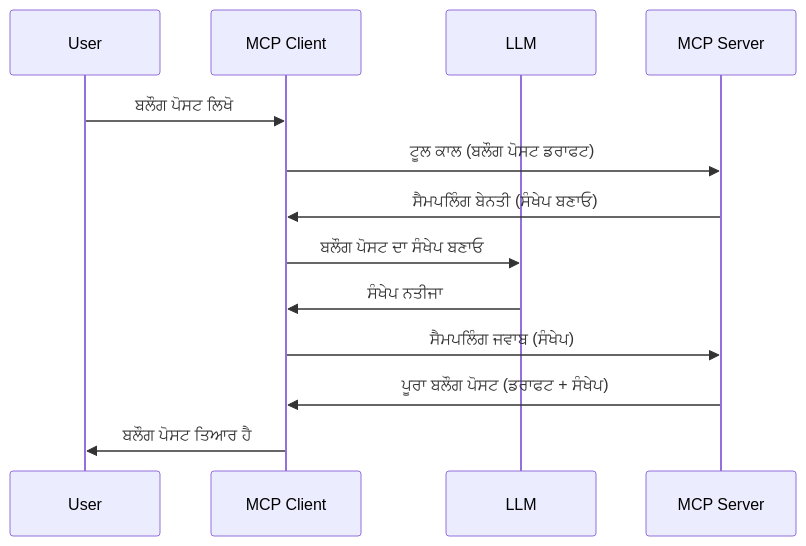
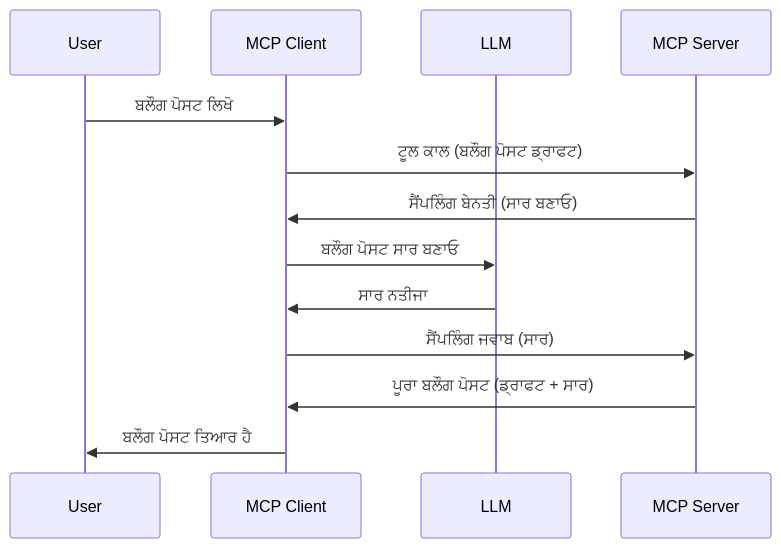
One commit to HIDORAKAI002/ai-workspace-archive changed the diagram in mcp_ecosystem__model_context_protocol/mcp_learning_resources/mcp-for-beginners/translations/pa/03-GettingStarted/14-sampling/README.md. Above: the diagram before and after it, drawn with Mermaid. The commit also changed other lines of this file and 1539 other files, not shown here.

````diff
--- a/mcp_ecosystem__model_context_protocol/mcp_learning_resources/mcp-for-beginners/translations/pa/03-GettingStarted/14-sampling/README.md
+++ b/mcp_ecosystem__model_context_protocol/mcp_learning_resources/mcp-for-beginners/translations/pa/03-GettingStarted/14-sampling/README.md
@@ -23,16 +23,16 @@
 ```mermaid
 sequenceDiagram
     participant User
     participant MCP Client
     participant LLM
     participant MCP Server
 
     User->>MCP Client: ਬਲੌਗ ਪੋਸਟ ਲਿਖੋ
-    MCP Client->>MCP Server: ਟੂਲ ਕਾਲ (ਬਲੌਗ ਪੋਸਟ ਡਰਾਫਟ)
-    MCP Server->>MCP Client: ਸੈਮਪਲਿੰਗ ਬੇਨਤੀ (ਸੰਖੇਪ ਬਣਾਓ)
-    MCP Client->>LLM: ਬਲੌਗ ਪੋਸਟ ਦਾ ਸੰਖੇਪ ਬਣਾਓ
-    LLM->>MCP Client: ਸੰਖੇਪ ਨਤੀਜਾ
-    MCP Client->>MCP Server: ਸੈਮਪਲਿੰਗ ਜਵਾਬ (ਸੰਖੇਪ)
-    MCP Server->>MCP Client: ਪੂਰਾ ਬਲੌਗ ਪੋਸਟ (ਡਰਾਫਟ + ਸੰਖੇਪ)
+    MCP Client->>MCP Server: ਟੂਲ ਕਾਲ (ਬਲੌਗ ਪੋਸਟ ਡ੍ਰਾਫਟ)
+    MCP Server->>MCP Client: ਸੈਂਪਲਿੰਗ ਬੇਨਤੀ (ਸਾਰ ਬਣਾਓ)
+    MCP Client->>LLM: ਬਲੌਗ ਪੋਸਟ ਸਾਰ ਬਣਾਓ
+    LLM->>MCP Client: ਸਾਰ ਨਤੀਜਾ
+    MCP Client->>MCP Server: ਸੈਂਪਲਿੰਗ ਜਵਾਬ (ਸਾਰ)
+    MCP Server->>MCP Client: ਪੂਰਾ ਬਲੌਗ ਪੋਸਟ (ਡ੍ਰਾਫਟ + ਸਾਰ)
     MCP Client->>User: ਬਲੌਗ ਪੋਸਟ ਤਿਆਰ ਹੈ
 ```
````
